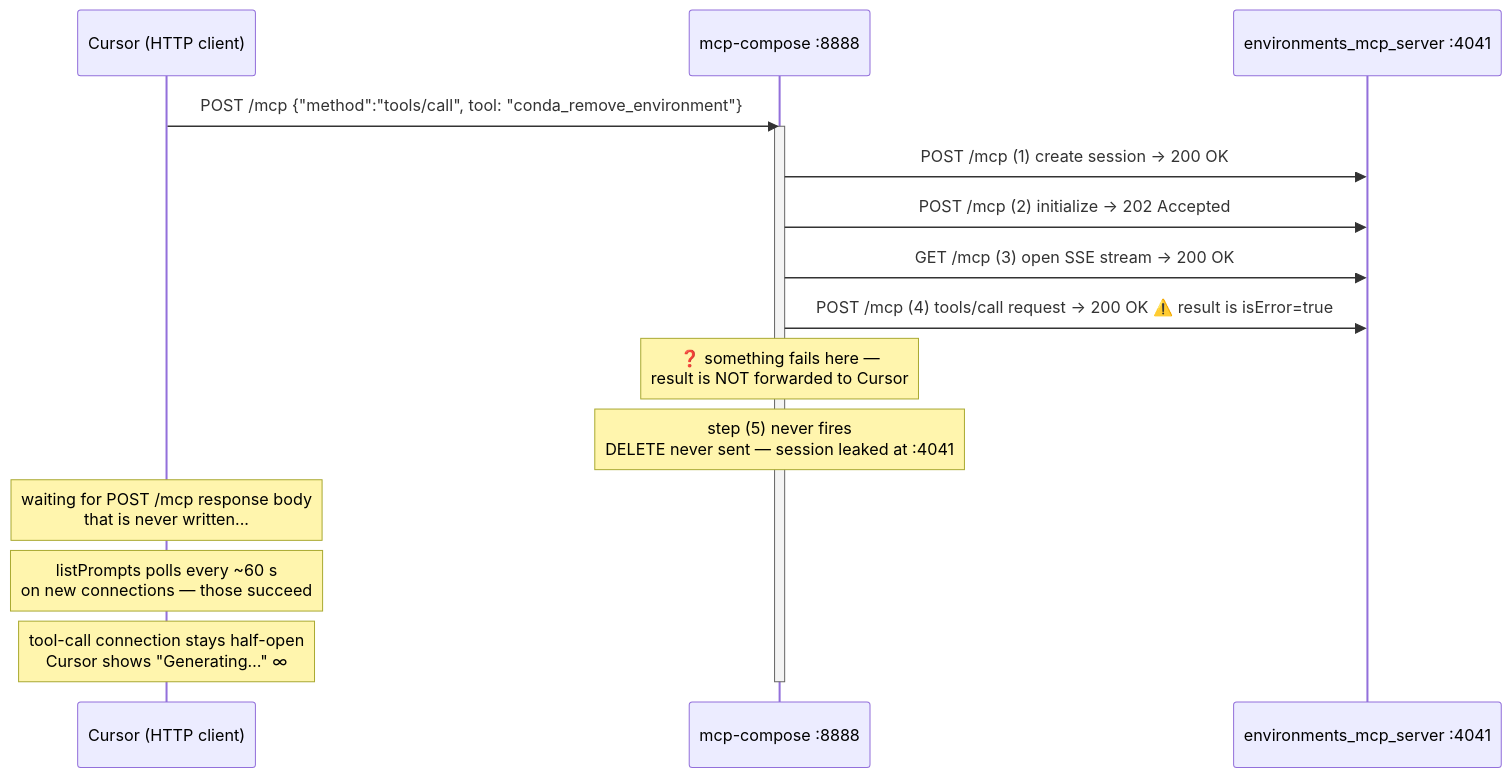
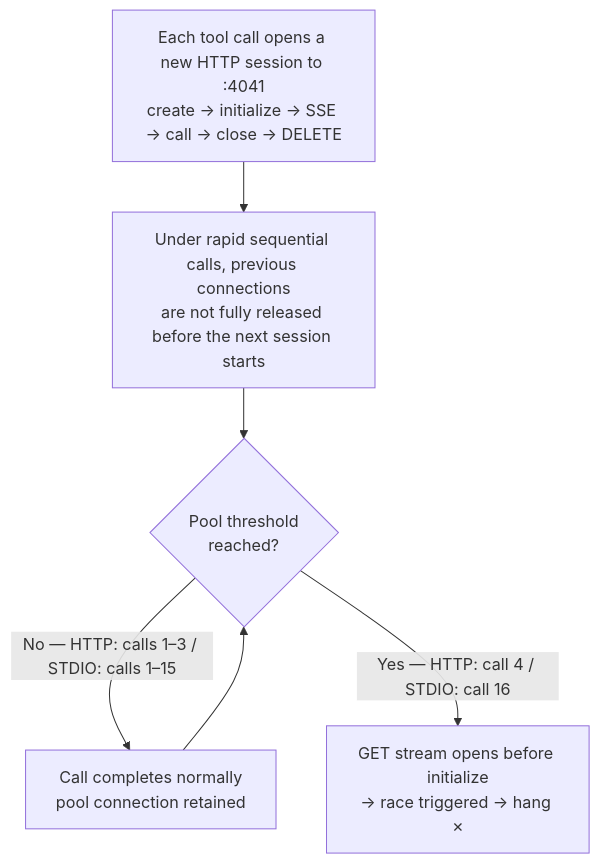
The fourth of 4 diagrams in tests/qa/_ai_docs/hang_issue/KI-011-HTTP-PROXY-HANG.md (anaconda/anaconda-mcp), drawn with Mermaid before and after one commit. The commit also changed other lines of this file and 1 other file, not shown here.

````diff
--- a/tests/qa/_ai_docs/hang_issue/KI-011-HTTP-PROXY-HANG.md
+++ b/tests/qa/_ai_docs/hang_issue/KI-011-HTTP-PROXY-HANG.md
@@ -160,22 +115,12 @@
 ```mermaid
-sequenceDiagram
-    participant C  as Cursor (HTTP client)
-    participant P  as mcp-compose :8888
-    participant B  as environments_mcp_server :4041
+graph TD
+    A["Each tool call opens a new HTTP session to :4041<br/>create → initialize → SSE → call → close → DELETE"]
+    B["Under rapid sequential calls, previous connections<br/>are not fully released before the next session starts"]
+    C{"Pool threshold<br/>reached?"}
+    D["Call completes normally<br/>pool connection retained"]
+    E["GET stream opens before initialize<br/>→ race triggered → hang ✗"]
 
-    C->>P: POST /mcp  {"method":"tools/call", tool: "conda_remove_environment"}
-    activate P
-
-    P->>B: POST /mcp  (1) create session          → 200 OK
-    P->>B: POST /mcp  (2) initialize              → 202 Accepted
-    P->>B: GET  /mcp  (3) open SSE stream         → 200 OK
-    P->>B: POST /mcp  (4) tools/call request      → 200 OK  ⚠️ result is isError=true
-
-    Note over P: ❓ something fails here —<br/>result is NOT forwarded to Cursor
-    Note over P: step (5) never fires<br/>DELETE never sent — session leaked at :4041
-
-    Note over C: waiting for POST /mcp response body<br/>that is never written...
-    Note over C: listPrompts polls every ~60 s<br/>on new connections — those succeed
-    Note over C: tool-call connection stays half-open<br/>Cursor shows "Generating…" ∞
-    deactivate P
+    A --> B --> C
+    C -- "No — HTTP: calls 1–3 / STDIO: calls 1–15" --> D --> C
+    C -- "Yes — HTTP: call 4 / STDIO: call 16" --> E
 ```
````
